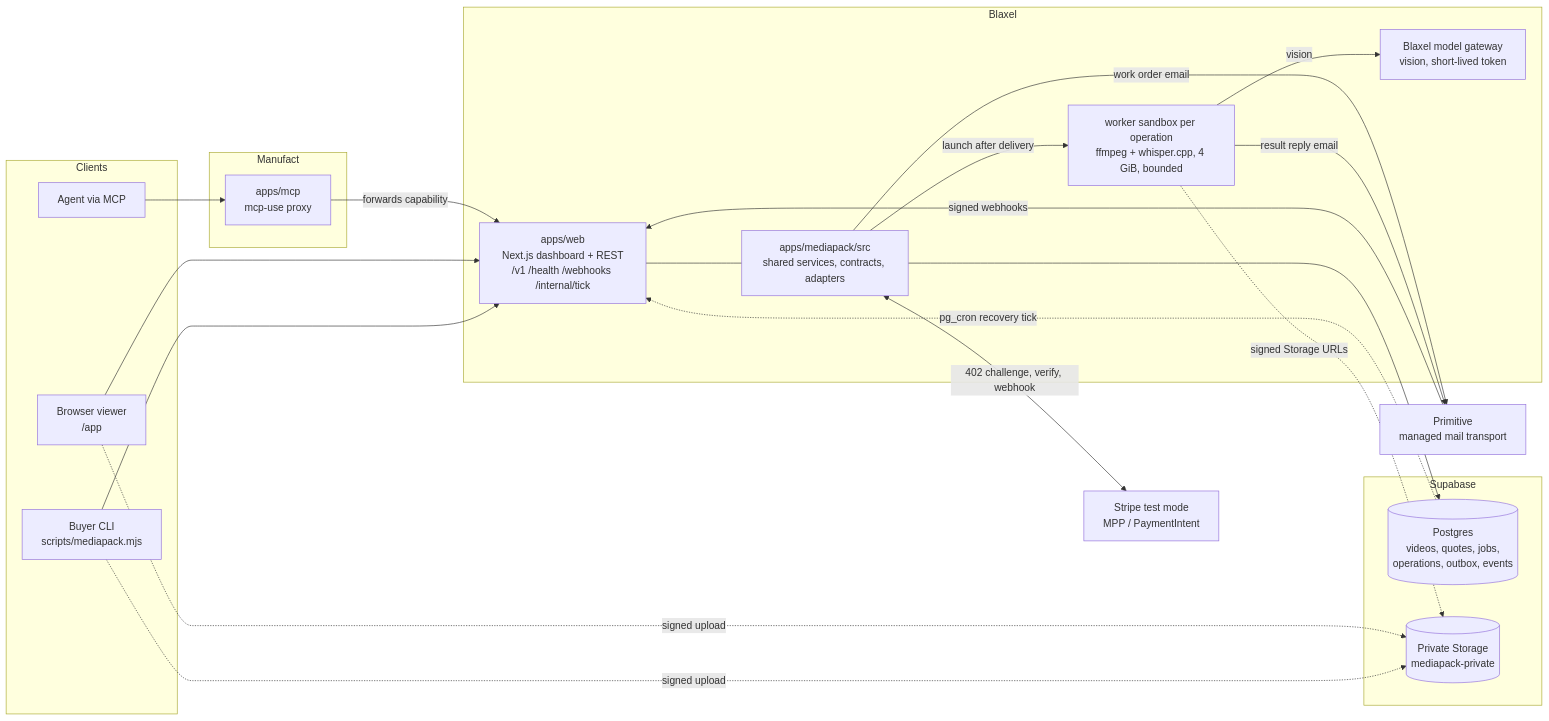
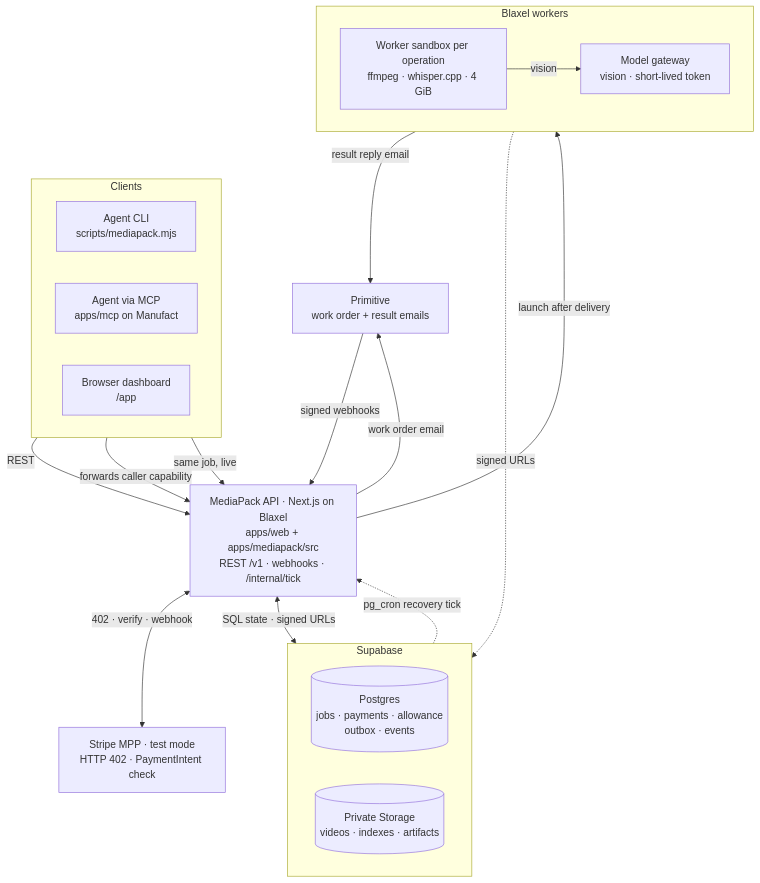
The first of 5 diagrams in README.md (ankitshah009/mediapack), drawn with Mermaid before and after one commit. The commit also changed other lines of this file, not shown here.

Commit message:
docs: fix README diagrams that failed or rendered poorly on GitHub
- Sequence diagram: a ';' in the final note is a Mermaid statement separator,
  so GitHub could not parse the diagram
- System topology: redrawn top-to-bottom (clients, API, Supabase/Stripe/
  Primitive, Blaxel workers) without crossing edges
- Durable pipeline: webhook node label no longer parsed as a parallelogram
- Repository map: dependency flow instead of a single fan-out root
All five diagrams validated with @mermaid-js/mermaid-cli 11.12

````diff
--- a/README.md
+++ b/README.md
@@ -33,42 +33,39 @@
 ```mermaid
-flowchart LR
-  subgraph Clients
-    B[Browser viewer<br/>/app]
-    C[Buyer CLI<br/>scripts/mediapack.mjs]
-    A[Agent via MCP]
+flowchart TB
+  subgraph clients["Clients"]
+    direction LR
+    A["Agent CLI<br/>scripts/mediapack.mjs"]
+    M["Agent via MCP<br/>apps/mcp on Manufact"]
+    B["Browser dashboard<br/>/app"]
   end
 
-  subgraph Manufact
-    M[apps/mcp<br/>mcp-use proxy]
+  API["MediaPack API · Next.js on Blaxel<br/>apps/web + apps/mediapack/src<br/>REST /v1 · webhooks · /internal/tick"]
+
+  subgraph state["Supabase"]
+    direction LR
+    DB[("Postgres<br/>jobs · payments · allowance<br/>outbox · events")]
+    ST[("Private Storage<br/>videos · indexes · artifacts")]
   end
 
-  subgraph Blaxel
-    W[apps/web<br/>Next.js dashboard + REST<br/>/v1 /health /webhooks /internal/tick]
-    S[apps/mediapack/src<br/>shared services, contracts, adapters]
-    K[worker sandbox per operation<br/>ffmpeg + whisper.cpp, 4 GiB, bounded]
-    G[Blaxel model gateway<br/>vision, short-lived token]
+  S["Stripe MPP · test mode<br/>HTTP 402 · PaymentIntent check"]
+  P["Primitive<br/>work order + result emails"]
+
+  subgraph blaxel["Blaxel workers"]
+    direction LR
+    W["Worker sandbox per operation<br/>ffmpeg · whisper.cpp · 4 GiB"]
+    G["Model gateway<br/>vision · short-lived token"]
   end
 
-  subgraph Supabase
-    DB[(Postgres<br/>videos, quotes, jobs,<br/>operations, outbox, events)]
-    ST[(Private Storage<br/>mediapack-private)]
-  end
-
-  ST2[Stripe test mode<br/>MPP / PaymentIntent]
-  P[Primitive<br/>managed mail transport]
-
-  A --> M -->|forwards capability| W
-  B --> W
-  C --> W
-  W --- S
-  S --> DB
-  B & C -.signed upload.-> ST
-  S <-->|402 challenge, verify, webhook| ST2
-  S -->|work order email| P
-  P -->|signed webhooks| W
-  S -->|launch after delivery| K
-  K -->|result reply email| P
-  K -.signed Storage URLs.-> ST
-  K -->|vision| G
-  DB -.pg_cron recovery tick.-> W
+  A -->|REST| API
+  M -->|forwards caller capability| API
+  B -->|same job, live| API
+  API <-->|402 · verify · webhook| S
+  API <-->|SQL state · signed URLs| DB
+  DB -.->|pg_cron recovery tick| API
+  API -->|work order email| P
+  P -->|signed webhooks| API
+  API -->|launch after delivery| W
+  W -->|result reply email| P
+  W -.->|signed URLs| ST
+  W -->|vision| G
 ```
````
